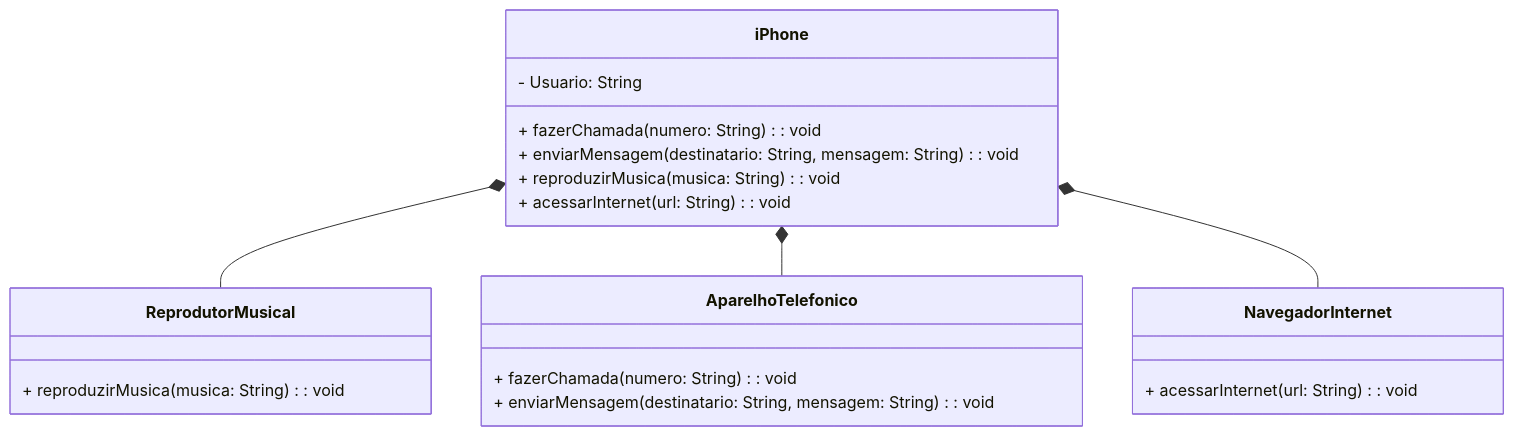
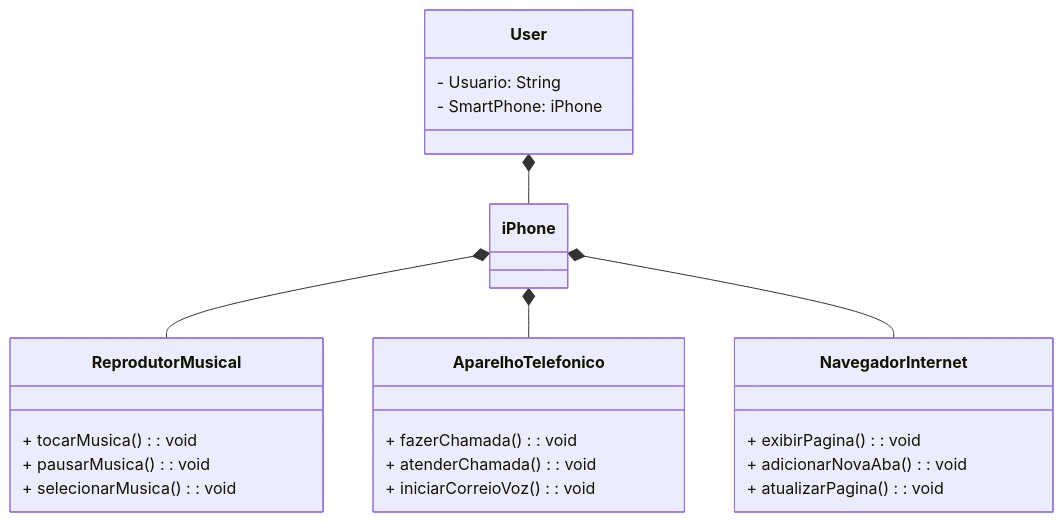
One commit to Silvanors/BC-Santander-DesafioClasses-Iphone changed the diagram in README.md. Above: the diagram before and after it, drawn with Mermaid. The commit also changed other lines of this file, not shown here.

````diff
--- a/README.md
+++ b/README.md
@@ -15,28 +15,33 @@
 ```mermaid
 classDiagram
     class iPhone {
-        - Usuario: String
-        + fazerChamada(numero: String): void
-        + enviarMensagem(destinatario: String, mensagem: String): void
-        + reproduzirMusica(musica: String): void
-        + acessarInternet(url: String): void
     }
 
     class ReprodutorMusical {
-        + reproduzirMusica(musica: String): void
+        + tocarMusica(): void
+        + pausarMusica(): void
+        + selecionarMusica(): void
     }
 
     class AparelhoTelefonico {
-        + fazerChamada(numero: String): void
-        + enviarMensagem(destinatario: String, mensagem: String): void
+        + fazerChamada(): void
+        + atenderChamada(): void
+        + iniciarCorreioVoz(): void
+
     }
 
     class NavegadorInternet {
-        + acessarInternet(url: String): void
+        + exibirPagina(): void
+        + adicionarNovaAba(): void
+        + atualizarPagina(): void
+    }
+    class User {
+         - Usuario: String
+         - SmartPhone: iPhone
     }
 
     iPhone *-- ReprodutorMusical
     iPhone *-- AparelhoTelefonico
     iPhone *-- NavegadorInternet
-
+    User   *-- iPhone
 ```
````
